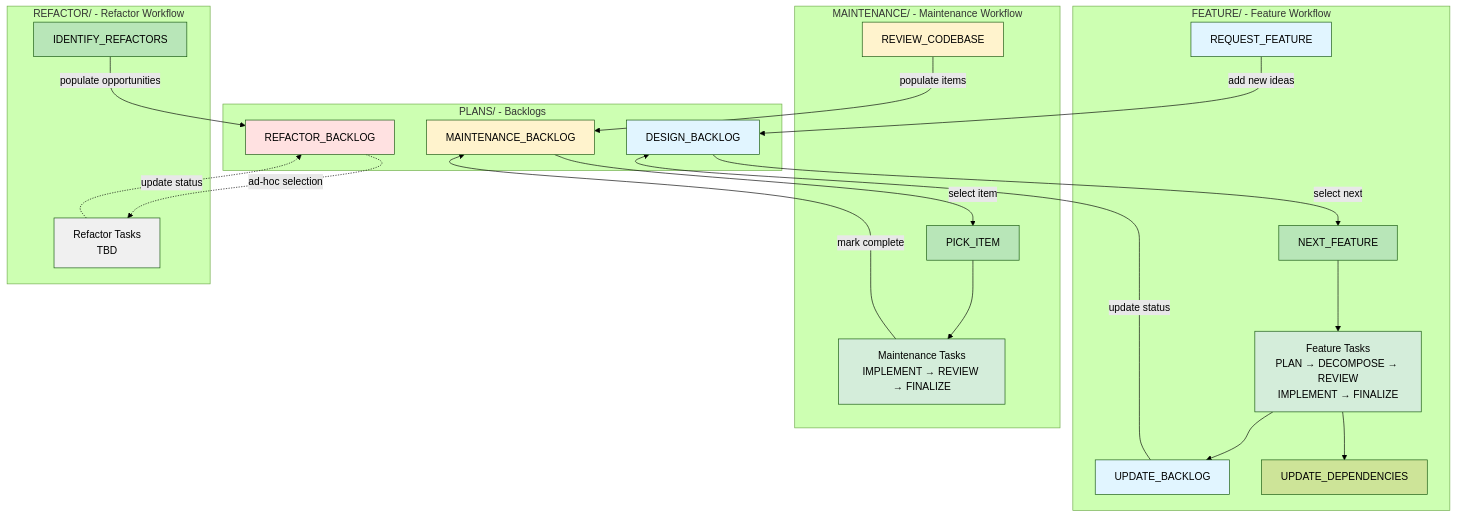
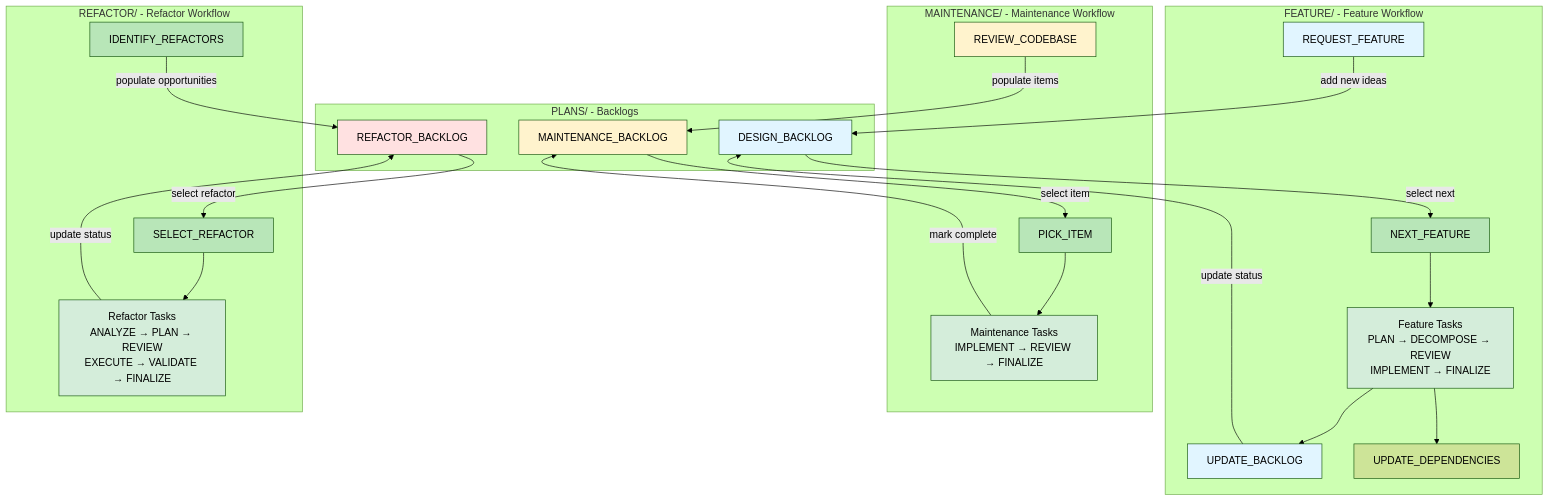
The diagram in TASKS/WORKFLOW.md (EvanLavender13/FrogLords), drawn with Mermaid (forest theme) before and after one commit. The commit also changed other lines of this file and 9 other files, not shown here.

````diff
--- a/TASKS/WORKFLOW.md
+++ b/TASKS/WORKFLOW.md
@@ -7,59 +7,62 @@
 ```mermaid
 graph TB
     subgraph Backlogs["PLANS/ - Backlogs"]
         DB[DESIGN_BACKLOG]
         MB[MAINTENANCE_BACKLOG]
         RB[REFACTOR_BACKLOG]
     end
 
     subgraph FeatureTasks["FEATURE/ - Feature Workflow"]
         RF[REQUEST_FEATURE]
         NF[NEXT_FEATURE]
         FW[Feature Tasks<br/>PLAN → DECOMPOSE → REVIEW<br/>IMPLEMENT → FINALIZE]
         UB[UPDATE_BACKLOG]
         UD[UPDATE_DEPENDENCIES]
     end
 
     subgraph MaintenanceTasks["MAINTENANCE/ - Maintenance Workflow"]
         RC[REVIEW_CODEBASE]
         PI[PICK_ITEM]
         MW[Maintenance Tasks<br/>IMPLEMENT → REVIEW → FINALIZE]
     end
 
     subgraph RefactorTasks["REFACTOR/ - Refactor Workflow"]
         IR[IDENTIFY_REFACTORS]
-        RW[Refactor Tasks<br/>TBD]
+        SR[SELECT_REFACTOR]
+        RW[Refactor Tasks<br/>ANALYZE → PLAN → REVIEW<br/>EXECUTE → VALIDATE → FINALIZE]
     end
 
     %% Feature workflow flows
     RF -->|add new ideas| DB
     DB -->|select next| NF
     NF --> FW
     FW --> UB
     FW --> UD
     UB -->|update status| DB
 
     %% Maintenance workflow flows
     RC -->|populate items| MB
     MB -->|select item| PI
     PI --> MW
     MW -->|mark complete| MB
 
     %% Refactor workflow flows
     IR -->|populate opportunities| RB
-    RB -.->|ad-hoc selection| RW
-    RW -.->|update status| RB
+    RB -->|select refactor| SR
+    SR --> RW
+    RW -->|update status| RB
 
     style DB fill:#e1f5ff
     style MB fill:#fff3cd
     style RB fill:#ffe1e1
     style FW fill:#d4edda
     style MW fill:#d4edda
-    style RW fill:#f0f0f0
+    style RW fill:#d4edda
     style NF fill:#b8e6b8
     style PI fill:#b8e6b8
     style IR fill:#b8e6b8
+    style SR fill:#b8e6b8
     style RF fill:#e1f5ff
     style RC fill:#fff3cd
     style UB fill:#e1f5ff
 ```
````
